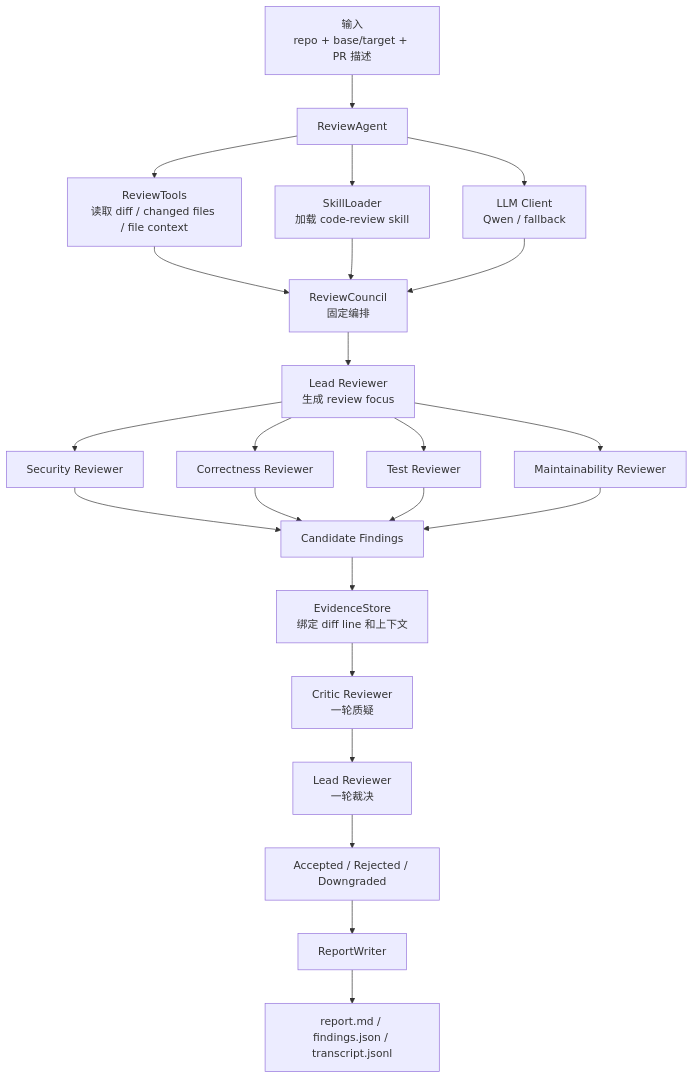
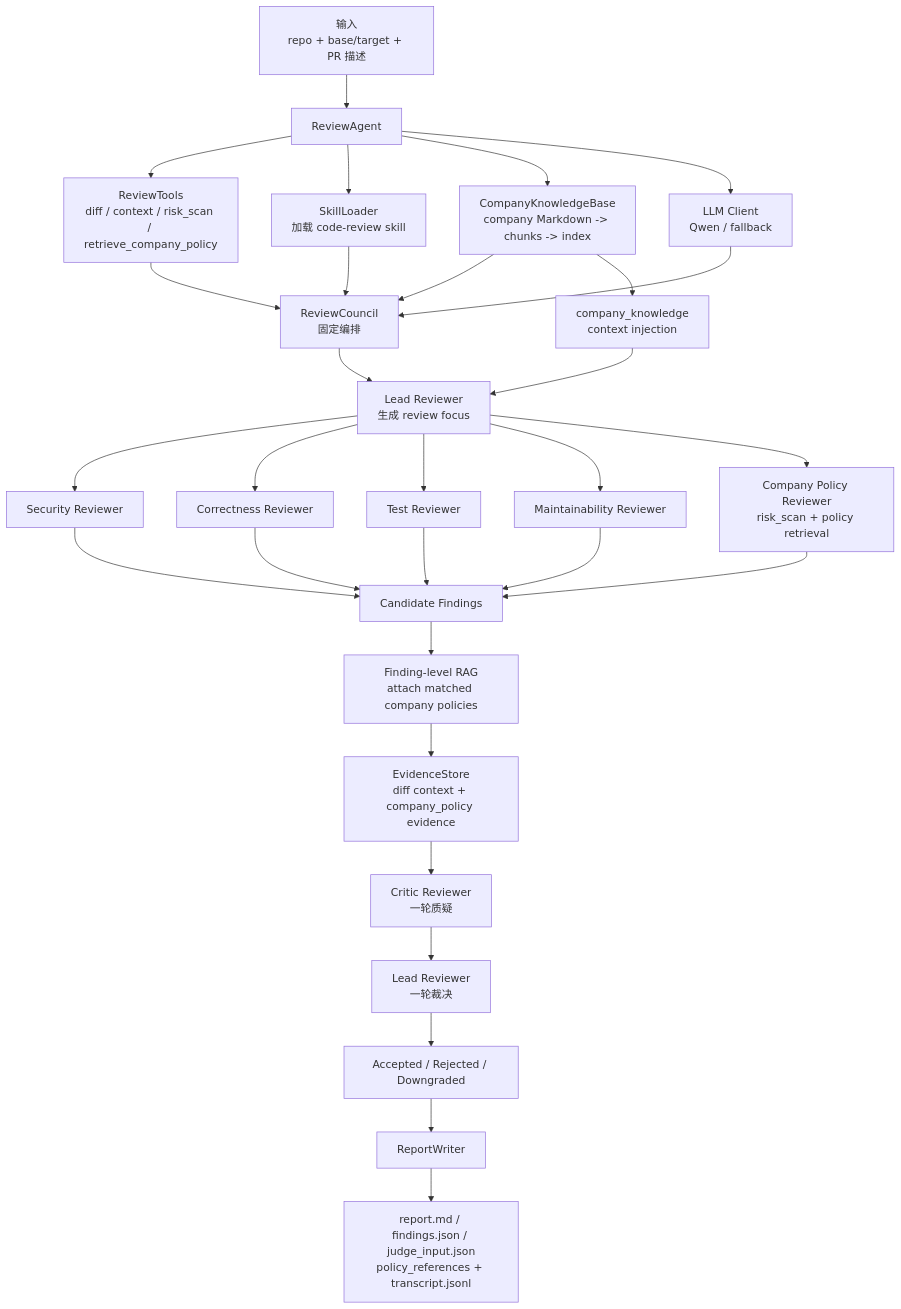
One commit to csy-csy123/pr-review-agent-council changed the first of 3 diagrams in README.md. Above: the diagram before and after it, drawn with Mermaid. The commit also changed other lines of this file and 13 other files, not shown here.

Commit message:
Add company knowledge RAG reviewer

````diff
--- a/README.md
+++ b/README.md
@@ -35,29 +35,36 @@
 ```mermaid
 flowchart TD
     A["输入<br/>repo + base/target + PR 描述"] --> B["ReviewAgent"]
-    B --> C["ReviewTools<br/>读取 diff / changed files / file context"]
+    B --> C["ReviewTools<br/>diff / context / risk_scan / retrieve_company_policy"]
     B --> D["SkillLoader<br/>加载 code-review skill"]
+    B --> D2["CompanyKnowledgeBase<br/>company Markdown -> chunks -> index"]
     B --> E["LLM Client<br/>Qwen / fallback"]
 
     C --> F["ReviewCouncil<br/>固定编排"]
     D --> F
+    D2 --> F
     E --> F
 
-    F --> G["Lead Reviewer<br/>生成 review focus"]
+    D2 --> G2["company_knowledge<br/>context injection"]
+    G2 --> G["Lead Reviewer<br/>生成 review focus"]
+    F --> G
     G --> H["Security Reviewer"]
     G --> I["Correctness Reviewer"]
     G --> J["Test Reviewer"]
     G --> K["Maintainability Reviewer"]
+    G --> K2["Company Policy Reviewer<br/>risk_scan + policy retrieval"]
 
     H --> L["Candidate Findings"]
     I --> L
     J --> L
     K --> L
+    K2 --> L
 
-    L --> M["EvidenceStore<br/>绑定 diff line 和上下文"]
+    L --> L2["Finding-level RAG<br/>attach matched company policies"]
+    L2 --> M["EvidenceStore<br/>diff context + company_policy evidence"]
     M --> N["Critic Reviewer<br/>一轮质疑"]
     N --> O["Lead Reviewer<br/>一轮裁决"]
     O --> P["Accepted / Rejected / Downgraded"]
     P --> Q["ReportWriter"]
-    Q --> R["report.md / findings.json / transcript.jsonl"]
+    Q --> R["report.md / findings.json / judge_input.json<br/>policy_references + transcript.jsonl"]
 ```
````
